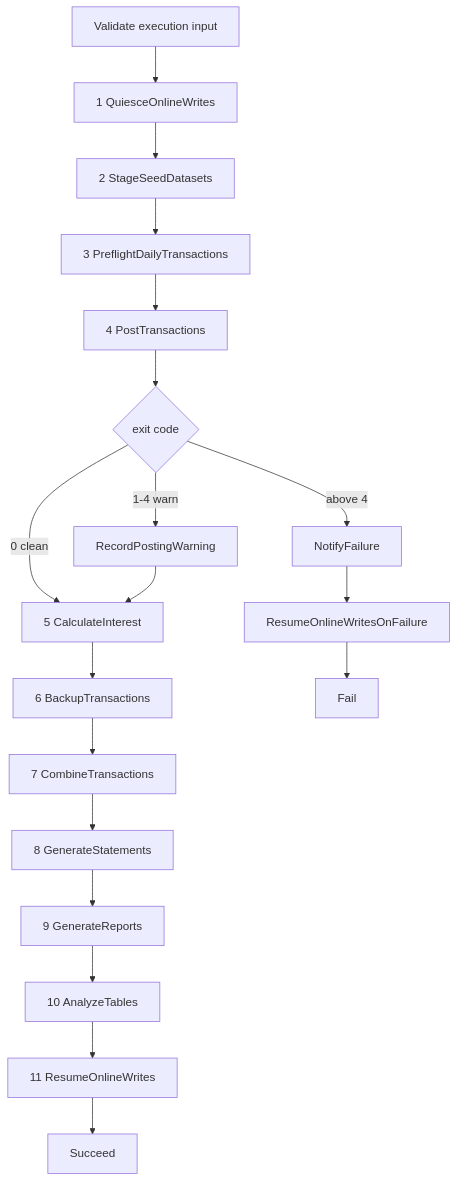
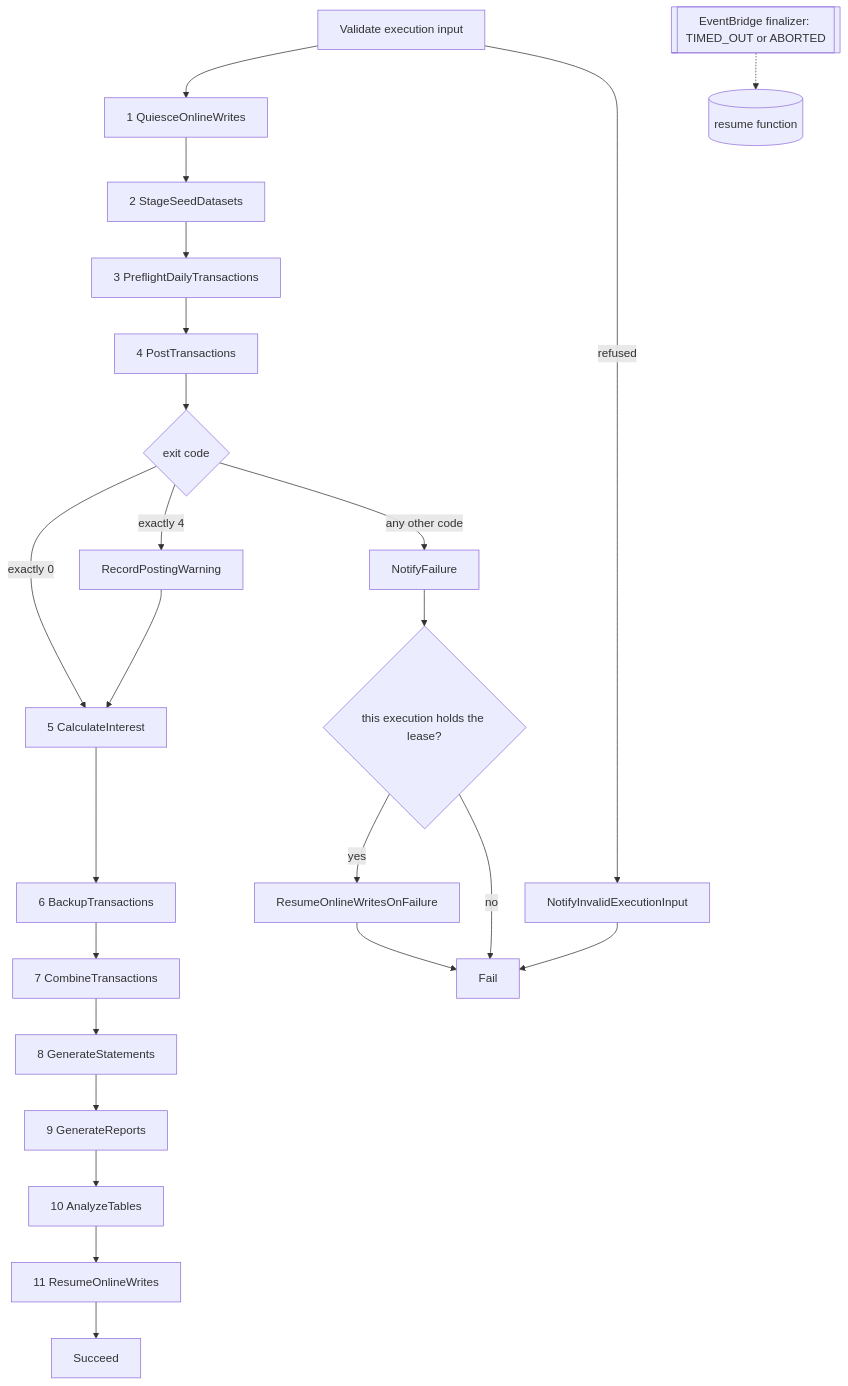
Before and after one commit to Blitzy-LocalStack/aws-mainframe-modernization-carddemo: the diagram in infra/modules/step-functions-batch/README.md, drawn with Mermaid. The commit also changed other lines of this file and 362 other files, not shown here.

````diff
--- a/infra/modules/step-functions-batch/README.md
+++ b/infra/modules/step-functions-batch/README.md
@@ -80,21 +97,26 @@
 ```mermaid
 flowchart TD
     V[Validate execution input] --> Q[1 QuiesceOnlineWrites]
     Q --> S[2 StageSeedDatasets]
     S --> P[3 PreflightDailyTransactions]
     P --> T[4 PostTransactions]
     T --> C{exit code}
-    C -->|0 clean| I[5 CalculateInterest]
-    C -->|1-4 warn| W[RecordPostingWarning]
+    C -->|exactly 0| I[5 CalculateInterest]
+    C -->|exactly 4| W[RecordPostingWarning]
     W --> I
-    C -->|above 4| N[NotifyFailure]
+    C -->|any other code| N[NotifyFailure]
     I --> B[6 BackupTransactions]
     B --> M[7 CombineTransactions]
     M --> ST[8 GenerateStatements]
     ST --> R[9 GenerateReports]
     R --> A[10 AnalyzeTables]
     A --> O[11 ResumeOnlineWrites]
     O --> OK[Succeed]
-    N --> RF[ResumeOnlineWritesOnFailure]
-    RF --> F[Fail]
+    V -->|refused| NI[NotifyInvalidExecutionInput]
+    NI --> F[Fail]
+    N --> G{this execution holds the lease?}
+    G -->|yes| RF[ResumeOnlineWritesOnFailure]
+    G -->|no| F
+    RF --> F
+    X[[EventBridge finalizer: TIMED_OUT or ABORTED]] -.-> RES[(resume function)]
 ```
````
